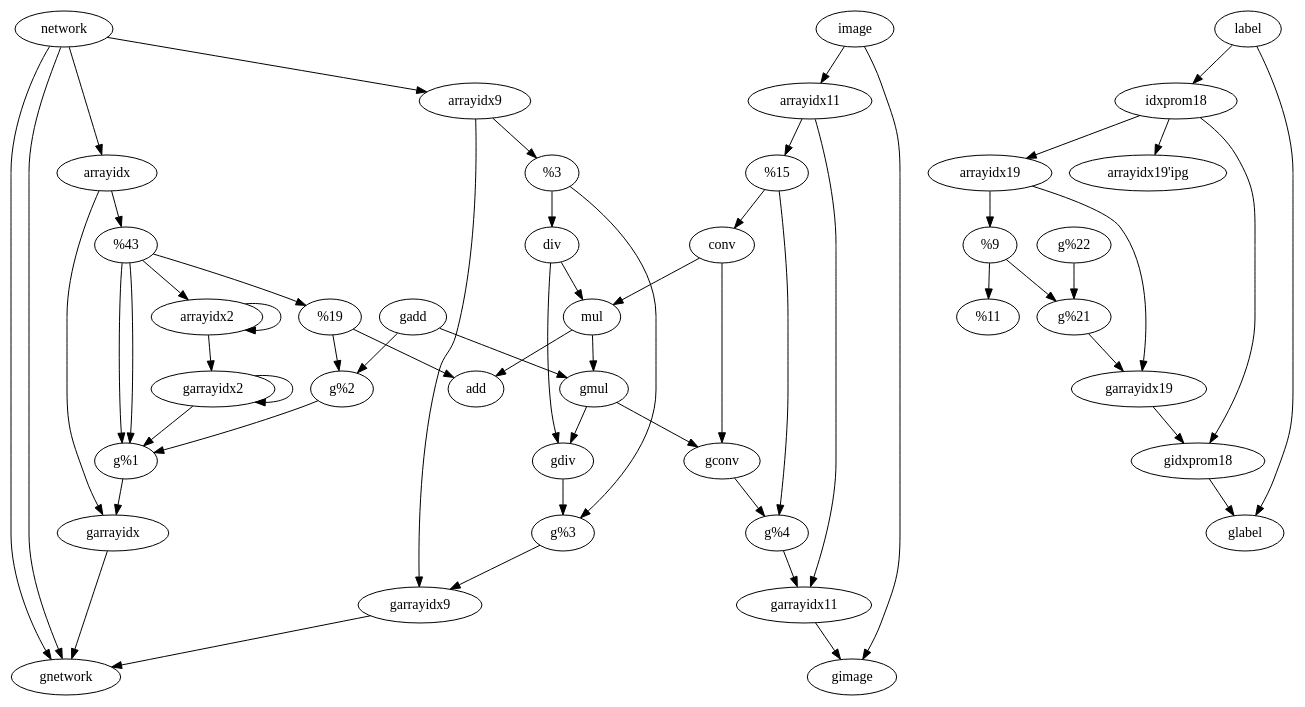
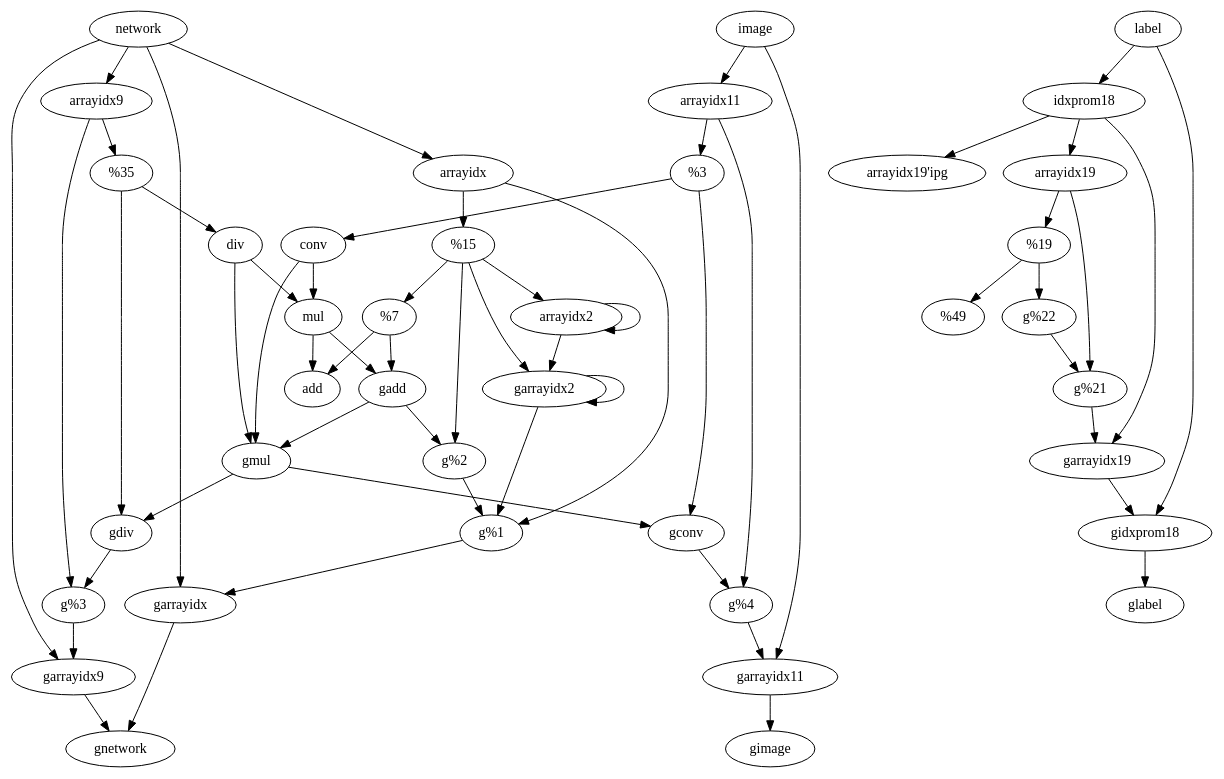
The diagram in enzyme/benchmarks/nn/forward_and_reverse.dot (sfu-arch/Enzyme), drawn with Graphviz before and after one commit. The commit also changed 38 other files, not shown here.

```diff
--- a/enzyme/benchmarks/nn/forward_and_reverse.dot
+++ b/enzyme/benchmarks/nn/forward_and_reverse.dot
@@ -1,64 +1,64 @@
 digraph G {
 	subgraph Forward {
-		"%3" -> "div"
-		"conv" -> "mul"
-		"%21" -> "%22"
 		"%4" -> "conv"
 		"%2" -> "add"
-		"arrayidx2" -> "arrayidx2"
-		"arrayidx9" -> "%3"
+		"idxprom18" -> "arrayidx19'ipg"
+		"idxprom18" -> "arrayidx19"
+		"arrayidx" -> "%1"
 		"arrayidx19" -> "%21"
 		"div" -> "mul"
-		"mul" -> "add"
-		"arrayidx11" -> "%4"
 		"image" -> "arrayidx11"
 		"network" -> "arrayidx9"
 		"network" -> "arrayidx"
 		"label" -> "idxprom18"
-		"arrayidx" -> "%1"
-		"idxprom18" -> "arrayidx19'ipg"
-		"idxprom18" -> "arrayidx19"
+		"arrayidx11" -> "%4"
+		"arrayidx9" -> "%3"
 		"%1" -> "%2"
 		"%1" -> "arrayidx2"
+		"conv" -> "mul"
+		"%3" -> "div"
+		"arrayidx2" -> "arrayidx2"
+		"%21" -> "%22"
+		"mul" -> "add"
 	}
 	subgraph Reverse {
+		"g%4" -> "garrayidx11"
+		"arrayidx11" -> "g%4"
+		"g%2" -> "g%1"
+		"%1" -> "g%2"
+		"gidxprom18" -> "glabel"
+		"label" -> "gidxprom18"
+		"garrayidx" -> "gnetwork"
+		"network" -> "garrayidx"
+		"garrayidx19" -> "gidxprom18"
+		"idxprom18" -> "garrayidx19"
+		"gdiv" -> "g%3"
+		"%3" -> "gdiv"
+		"g%22" -> "g%21"
+		"%21" -> "g%22"
+		"gadd" -> "gmul"
+		"mul" -> "gadd"
+		"gadd" -> "g%2"
+		"%2" -> "gadd"
+		"garrayidx11" -> "gimage"
+		"image" -> "garrayidx11"
+		"garrayidx9" -> "gnetwork"
+		"network" -> "garrayidx9"
+		"g%1" -> "garrayidx"
+		"arrayidx" -> "g%1"
+		"gconv" -> "g%4"
+		"%4" -> "gconv"
 		"g%3" -> "garrayidx9"
-		"arrayidx9" -> "garrayidx9"
-		"gconv" -> "g%4"
-		"%4" -> "g%4"
-		"g%21" -> "garrayidx19"
-		"arrayidx19" -> "garrayidx19"
-		"g%4" -> "garrayidx11"
-		"arrayidx11" -> "garrayidx11"
-		"g%2" -> "g%1"
-		"%1" -> "g%1"
+		"arrayidx9" -> "g%3"
 		"garrayidx2" -> "g%1"
-		"%1" -> "g%1"
+		"%1" -> "garrayidx2"
 		"garrayidx2" -> "garrayidx2"
 		"arrayidx2" -> "garrayidx2"
-		"garrayidx9" -> "gnetwork"
-		"network" -> "gnetwork"
-		"garrayidx19" -> "gidxprom18"
-		"idxprom18" -> "gidxprom18"
-		"g%22" -> "g%21"
-		"%21" -> "g%21"
-		"gdiv" -> "g%3"
-		"%3" -> "g%3"
+		"g%21" -> "garrayidx19"
+		"arrayidx19" -> "g%21"
+		"gmul" -> "gconv"
+		"conv" -> "gmul"
 		"gmul" -> "gdiv"
-		"div" -> "gdiv"
-		"gmul" -> "gconv"
-		"conv" -> "gconv"
-		"garrayidx11" -> "gimage"
-		"image" -> "gimage"
-		"gadd" -> "gmul"
-		"mul" -> "gmul"
-		"gadd" -> "g%2"
-		"%2" -> "g%2"
-		"garrayidx" -> "gnetwork"
-		"network" -> "gnetwork"
-		"gidxprom18" -> "glabel"
-		"label" -> "glabel"
-		"g%1" -> "garrayidx"
-		"arrayidx" -> "garrayidx"
+		"div" -> "gmul"
 	}
 }
```
